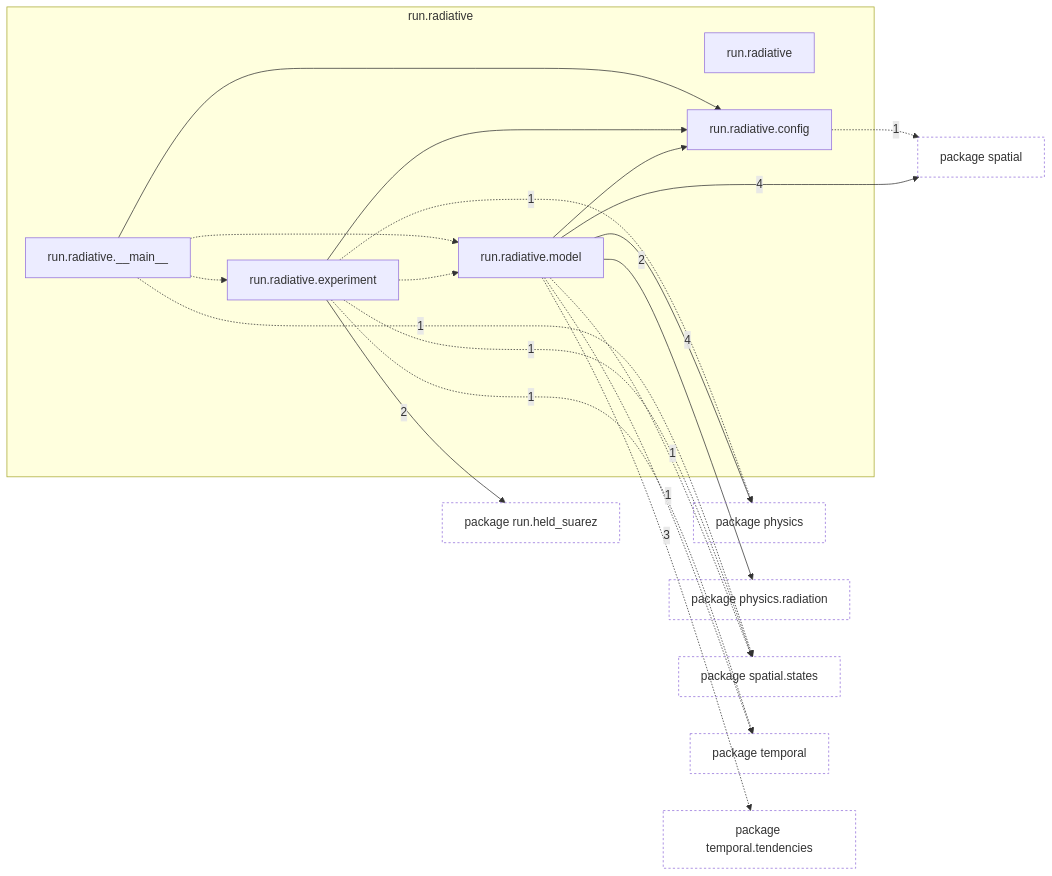
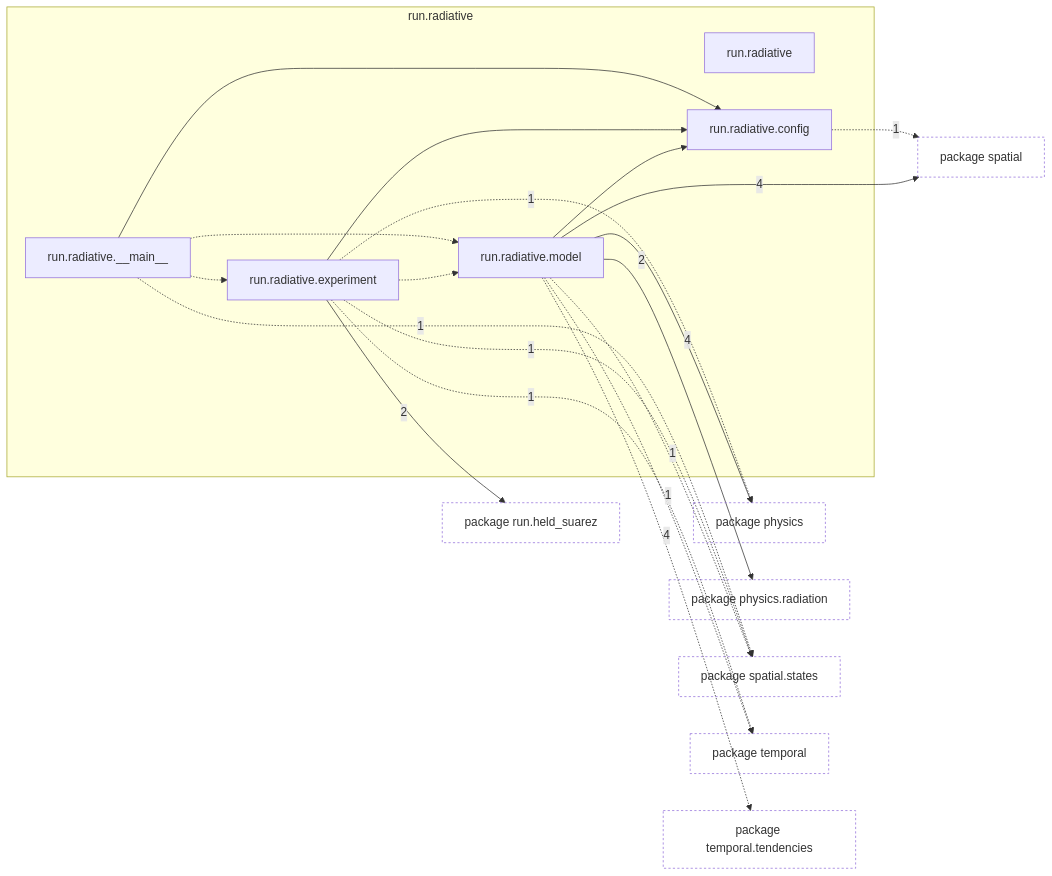
Before and after one commit to AlexandreEros/Palintropos: the first of 2 diagrams in docs/architecture/current/packages/tropoi.run.radiative.md, drawn with Mermaid. The commit also changed other lines of this file and 17 other files, not shown here.

Commit message:
docs(architecture): refresh snapshot for the boundary-layer modules

````diff
--- a/docs/architecture/current/packages/tropoi.run.radiative.md
+++ b/docs/architecture/current/packages/tropoi.run.radiative.md
@@ -23,45 +23,45 @@
 ```mermaid
 %% Generated by tools.architecture 2.3.0. Do not edit by hand.
 %% Modules of tropoi.run.radiative with imports in and out
 flowchart LR
     subgraph g_tropoi_orun_oradiative["run.radiative"]
         n_tropoi_orun_oradiative["run.radiative"]
         n_tropoi_orun_oradiative_o____main____["run.radiative.#95;#95;main#95;#95;"]
         n_tropoi_orun_oradiative_oconfig["run.radiative.config"]
         n_tropoi_orun_oradiative_oexperiment["run.radiative.experiment"]
         n_tropoi_orun_oradiative_omodel["run.radiative.model"]
     end
     p_tropoi_ophysics["package physics"]
     p_tropoi_ophysics_oradiation["package physics.radiation"]
     p_tropoi_orun_oheld__suarez["package run.held#95;suarez"]
     p_tropoi_ospatial["package spatial"]
     p_tropoi_ospatial_ostates["package spatial.states"]
     p_tropoi_otemporal["package temporal"]
     p_tropoi_otemporal_otendencies["package temporal.tendencies"]
     n_tropoi_orun_oradiative_o____main____ --> n_tropoi_orun_oradiative_oconfig
     n_tropoi_orun_oradiative_o____main____ -.-> n_tropoi_orun_oradiative_oexperiment
     n_tropoi_orun_oradiative_o____main____ -.-> n_tropoi_orun_oradiative_omodel
     n_tropoi_orun_oradiative_oexperiment --> n_tropoi_orun_oradiative_oconfig
     n_tropoi_orun_oradiative_oexperiment -.-> n_tropoi_orun_oradiative_omodel
     n_tropoi_orun_oradiative_omodel --> n_tropoi_orun_oradiative_oconfig
     n_tropoi_orun_oradiative_o____main____ -.->|1| p_tropoi_ospatial_ostates
     n_tropoi_orun_oradiative_oconfig -.->|1| p_tropoi_ospatial
     n_tropoi_orun_oradiative_oexperiment -.->|1| p_tropoi_ophysics
     n_tropoi_orun_oradiative_oexperiment -->|2| p_tropoi_orun_oheld__suarez
     n_tropoi_orun_oradiative_oexperiment -.->|1| p_tropoi_ospatial_ostates
     n_tropoi_orun_oradiative_oexperiment -.->|1| p_tropoi_otemporal
     n_tropoi_orun_oradiative_omodel -->|4| p_tropoi_ophysics
     n_tropoi_orun_oradiative_omodel -->|2| p_tropoi_ophysics_oradiation
     n_tropoi_orun_oradiative_omodel -->|4| p_tropoi_ospatial
     n_tropoi_orun_oradiative_omodel -.->|1| p_tropoi_ospatial_ostates
     n_tropoi_orun_oradiative_omodel -.->|1| p_tropoi_otemporal
-    n_tropoi_orun_oradiative_omodel -.->|3| p_tropoi_otemporal_otendencies
+    n_tropoi_orun_oradiative_omodel -.->|4| p_tropoi_otemporal_otendencies
     classDef other fill:none,stroke-dasharray:3 3
     class p_tropoi_ophysics other
     class p_tropoi_ophysics_oradiation other
     class p_tropoi_orun_oheld__suarez other
     class p_tropoi_ospatial other
     class p_tropoi_ospatial_ostates other
     class p_tropoi_otemporal other
     class p_tropoi_otemporal_otendencies other
 ```
````
